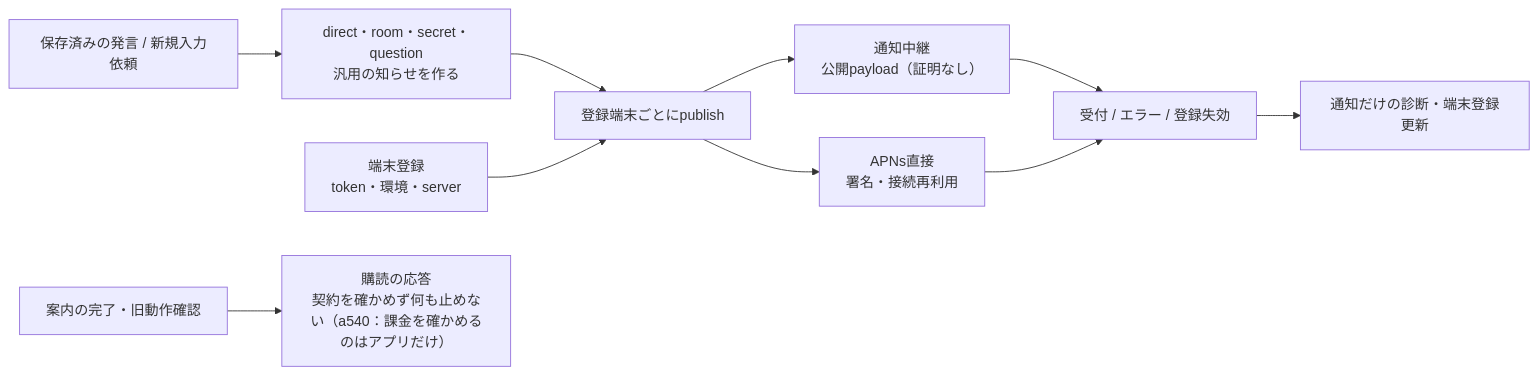
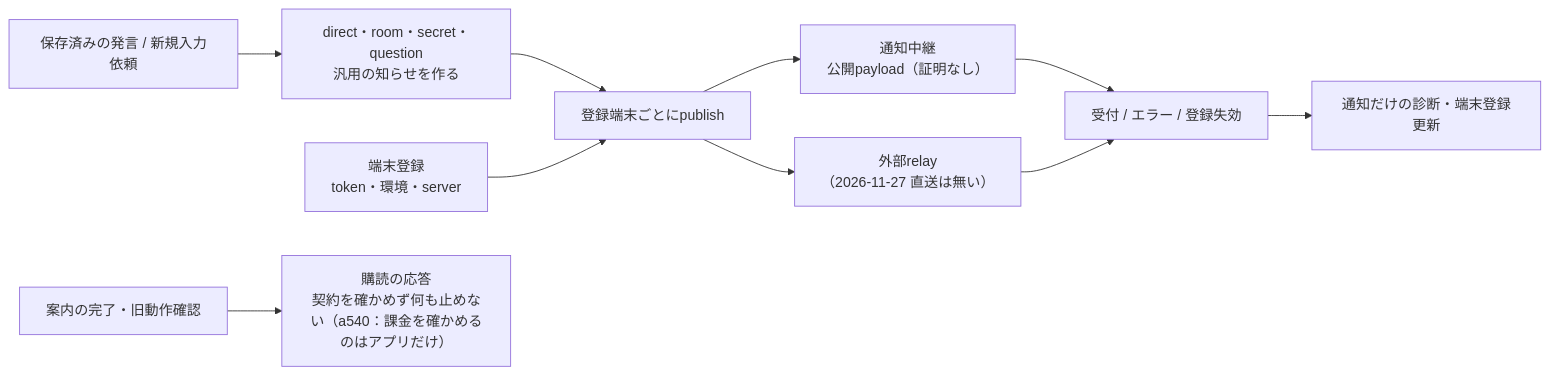
Before and after one commit to kitepon/BellTeam: the sixth of 7 diagrams in docs/architecture/modules/usage/flows.md, drawn with Mermaid. The commit also changed other lines of this file and 41 other files, not shown here.

````diff
--- a/docs/architecture/modules/usage/flows.md
+++ b/docs/architecture/modules/usage/flows.md
@@ -175,12 +175,12 @@
 ```mermaid
 flowchart LR
   Saved["保存済みの発言 / 新規入力依頼"] --> Event["direct・room・secret・question<br/>汎用の知らせを作る"]
   Event --> Publish["登録端末ごとにpublish"]
   Devices["端末登録<br/>token・環境・server"] --> Publish
   Publish --> Relay["通知中継<br/>公開payload（証明なし）"]
-  Publish --> APNs["APNs直接<br/>署名・接続再利用"]
+  Publish --> APNs["外部relay<br/>（2026-11-27 直送は無い）"]
   Relay --> Result["受付 / エラー / 登録失効"]
   APNs --> Result
   Result --> Diag["通知だけの診断・端末登録更新"]
   Setup["案内の完了・旧動作確認"] --> Status["購読の応答<br/>契約を確かめず何も止めない（a540：課金を確かめるのはアプリだけ）"]
 ```
````
